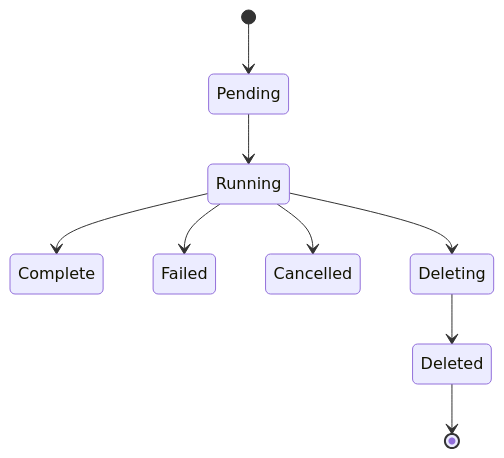
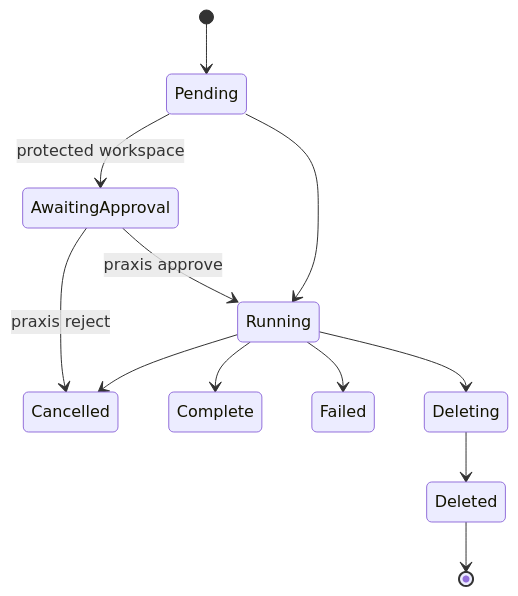
One commit to shirvan/praxis changed the fourth of 6 diagrams in docs/ORCHESTRATOR.md. Above: the diagram before and after it, drawn with Mermaid. The commit also changed other lines of this file and 55 other files, not shown here.

````diff
--- a/docs/ORCHESTRATOR.md
+++ b/docs/ORCHESTRATOR.md
@@ -196,11 +240,14 @@
 ```mermaid
 stateDiagram-v2
     [*] --> Pending
+    Pending --> AwaitingApproval: protected workspace
+    AwaitingApproval --> Running: praxis approve
+    AwaitingApproval --> Cancelled: praxis reject
     Pending --> Running
     Running --> Complete
     Running --> Failed
     Running --> Cancelled
     Running --> Deleting
     Deleting --> Deleted
     Deleted --> [*]
 ```
````
